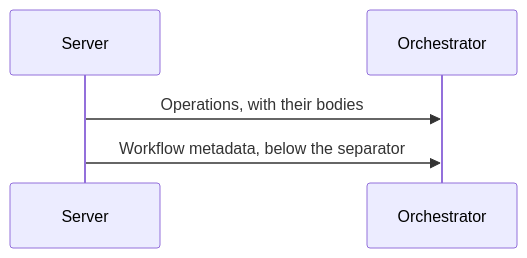
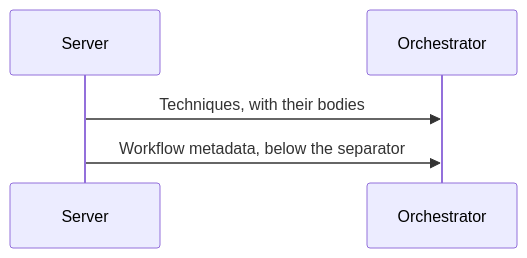
The third of 26 diagrams in docs/delivery.md (m2ux/workflow-server), drawn with Mermaid before and after one commit. The commit also changed other lines of this file and 3 other files, not shown here.

````diff
--- a/docs/delivery.md
+++ b/docs/delivery.md
@@ -54,7 +54,7 @@
 ```mermaid
 sequenceDiagram
   participant Server
   participant Orchestrator
-  Server->>Orchestrator: Operations, with their bodies
+  Server->>Orchestrator: Techniques, with their bodies
   Server->>Orchestrator: Workflow metadata, below the separator
 ```
````
